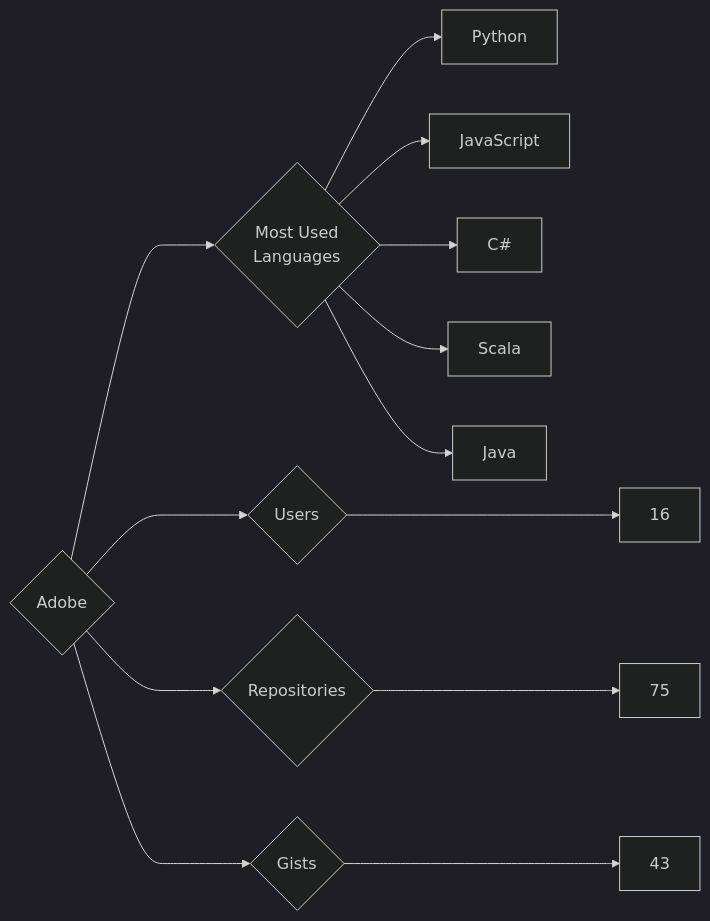
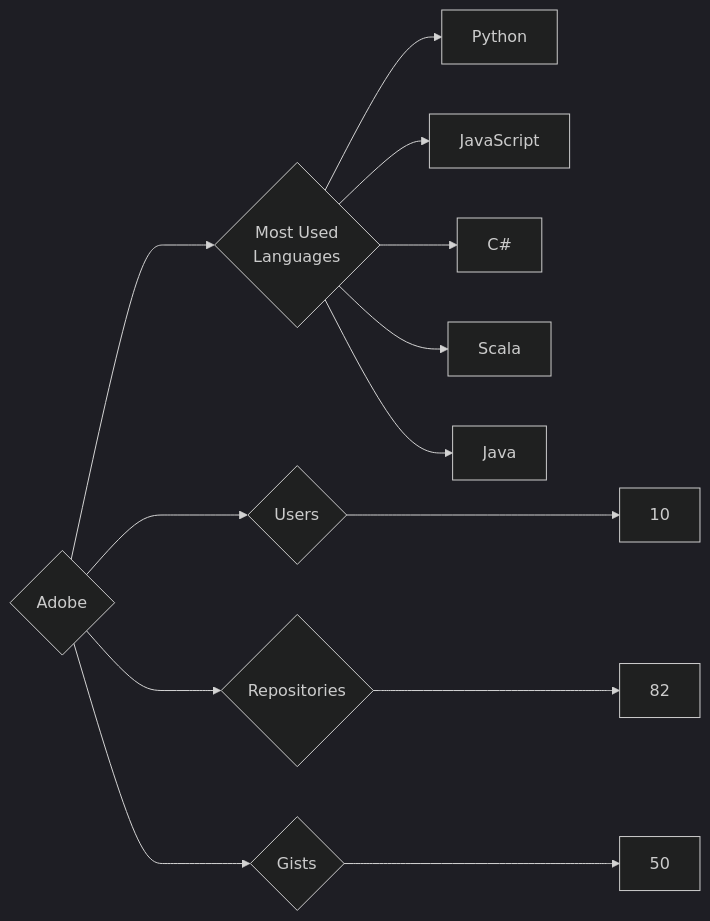
One commit to trickest/insiders changed the diagram in targets/Adobe/README.md. Above: the diagram before and after it, drawn with Mermaid (dark theme). The commit also changed 1055 other files, not shown here.

````diff
--- a/targets/Adobe/README.md
+++ b/targets/Adobe/README.md
@@ -3,13 +3,13 @@
 ```mermaid
 graph LR
 COMPANY_NAME{Adobe}
-COMPANY_NAME ---> U{Users} ---> UN[16]
-COMPANY_NAME ---> R{Repositories} ---> RN[75]
-COMPANY_NAME ---> G{Gists} ---> GN[43]
+COMPANY_NAME ---> U{Users} ---> UN[10]
+COMPANY_NAME ---> R{Repositories} ---> RN[82]
+COMPANY_NAME ---> G{Gists} ---> GN[50]
 COMPANY_NAME ---> ML{Most Used<br>Languages}
 ML --> Python[Python]
 ML --> JavaScript[JavaScript]
 ML --> C#[C#]
 ML --> Scala[Scala]
 ML --> Java[Java]
 ```
````
